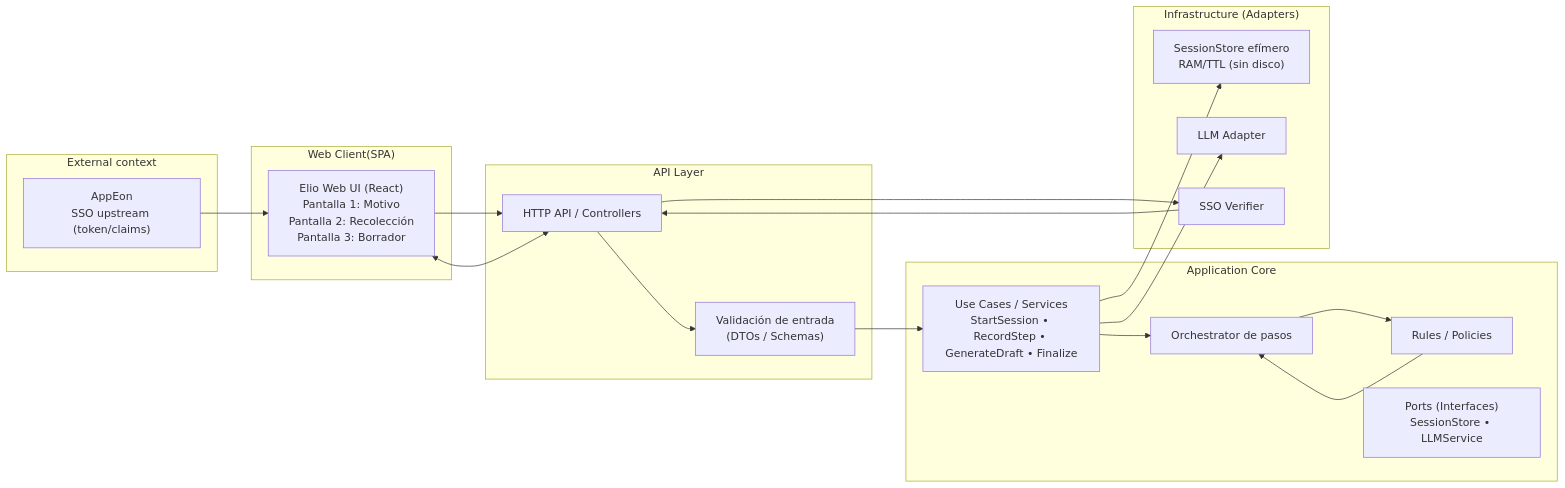
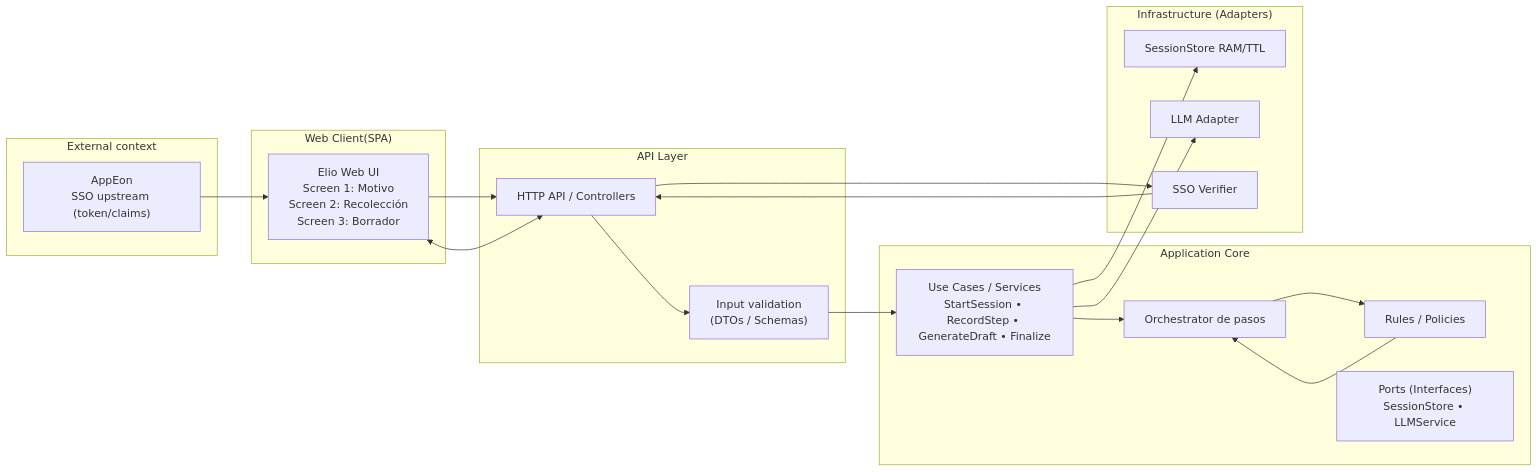
The first of 2 diagrams in README.md (feratholberton/ProyectoFinal), drawn with Mermaid before and after one commit. The commit also changed other lines of this file, not shown here.

Commit message:
Architecture Diagram update

````diff
--- a/README.md
+++ b/README.md
@@ -39,43 +39,43 @@
 ```mermaid
 flowchart LR
   %% CONTEXTO
   subgraph Ext["`External context`"]
     AppEon["`AppEon<br/>SSO upstream (token/claims)`"]
   end
 
   %% CLIENTE
   subgraph Client["`Web Client(SPA)`"]
-    UI["`Elio Web UI (React)<br/>Pantalla 1: Motivo<br/>Pantalla 2: Recolección<br/>Pantalla 3: Borrador`"]
+    UI["`Elio Web UI<br/>Screen 1: Motivo<br/>Screen 2: Recolección<br/>Screen 3: Borrador`"]
   end
 
   %% API
   subgraph API["`API Layer`"]
     CTRL["`HTTP API / Controllers`"]
-    VAL["`Validación de entrada<br/>(DTOs / Schemas)`"]
+    VAL["`Input validation<br/>(DTOs / Schemas)`"]
   end
 
   %% CORE
   subgraph CORE["`Application Core`"]
     USE["`Use Cases / Services<br/>StartSession • RecordStep • GenerateDraft • Finalize`"]
     ORCH["`Orchestrator de pasos`"]
     RULES["`Rules / Policies`"]
     PORTS["`Ports (Interfaces)<br/>SessionStore • LLMService`"]
   end
 
   %% INFRA
   subgraph INFRA["`Infrastructure (Adapters)`"]
-    SESS["`SessionStore efímero<br/>RAM/TTL (sin disco)`"]
+    SESS["`SessionStore RAM/TTL`"]
     LLM["`LLM Adapter`"]
     AUTH["`SSO Verifier`"]
   end
 
   %% FLUJOS PRINCIPALES (sin etiquetas en aristas)
   AppEon --> UI
   UI --> CTRL
   CTRL --> AUTH --> CTRL
   CTRL --> VAL --> USE
   USE --> ORCH --> RULES --> ORCH
   USE --> SESS
   USE --> LLM
   UI <--> CTRL
 ```
````
